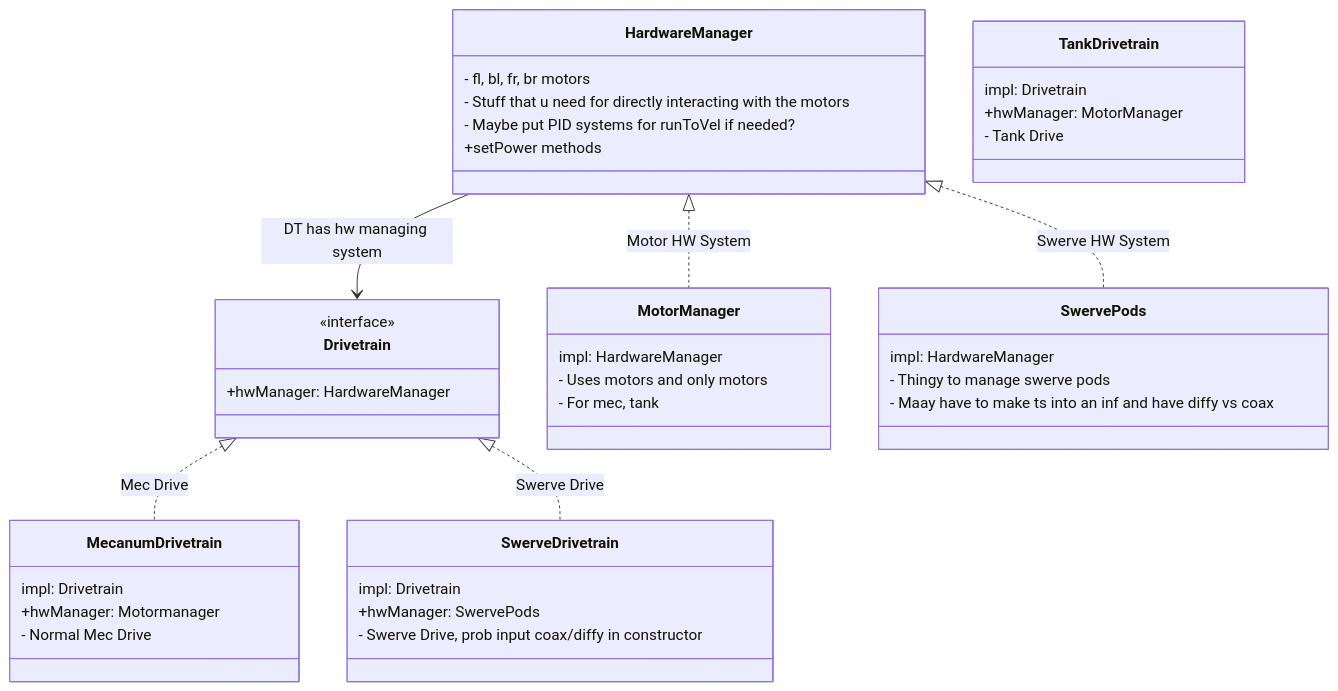
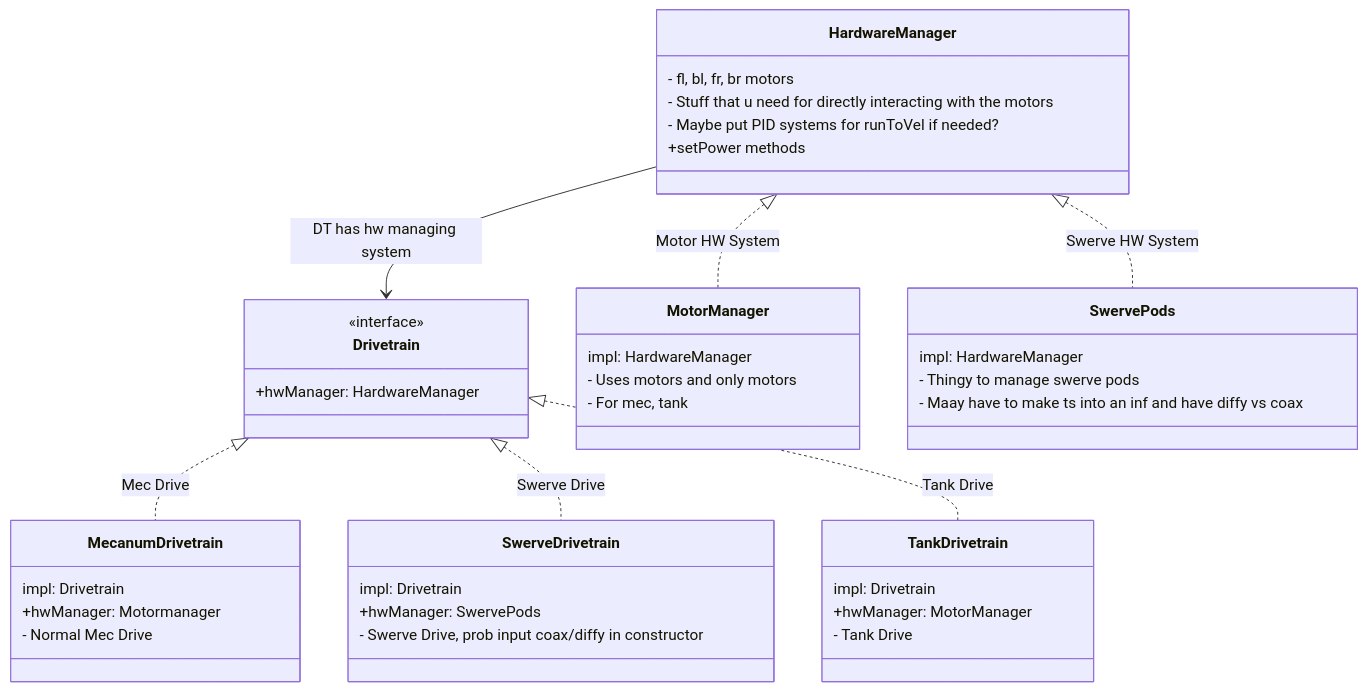
Before and after one commit to Apex-Pathing/ApexPathing: the diagram in TeamCode/ARCHITECTURE.md, drawn with Mermaid.

Commit message:
Add TankDrivetrain to architecture diagram

````diff
--- a/TeamCode/ARCHITECTURE.md
+++ b/TeamCode/ARCHITECTURE.md
@@ -4,45 +4,46 @@
 ```mermaid
 classDiagram
     class Drivetrain {
         <<interface>>
         +hwManager: HardwareManager
     }
     class HardwareManager {
         - fl, bl, fr, br motors
         - Stuff that u need for directly interacting with the motors
         - Maybe put PID systems for runToVel if needed?
         +setPower methods
     }
     class MotorManager {
         impl: HardwareManager
         - Uses motors and only motors
         - For mec, tank
     }
     class MecanumDrivetrain {
         impl: Drivetrain
         +hwManager: Motormanager
         - Normal Mec Drive
     }
     class SwerveDrivetrain {
         impl: Drivetrain
         +hwManager: SwervePods
         - Swerve Drive, prob input coax/diffy in constructor
     }
     class SwervePods {
         impl: HardwareManager
         - Thingy to manage swerve pods
         - Maay have to make ts into an inf and have diffy vs coax
     }
     class TankDrivetrain {
         impl: Drivetrain
         +hwManager: MotorManager
         - Tank Drive
     }
 
     Drivetrain <|.. MecanumDrivetrain : Mec Drive
     HardwareManager --> Drivetrain : DT has hw managing system
     Drivetrain <|.. SwerveDrivetrain : Swerve Drive
     HardwareManager <|.. MotorManager : Motor HW System
     HardwareManager <|.. SwervePods : Swerve HW System
+    Drivetrain <|.. TankDrivetrain : Tank Drive
     
 ```
````
